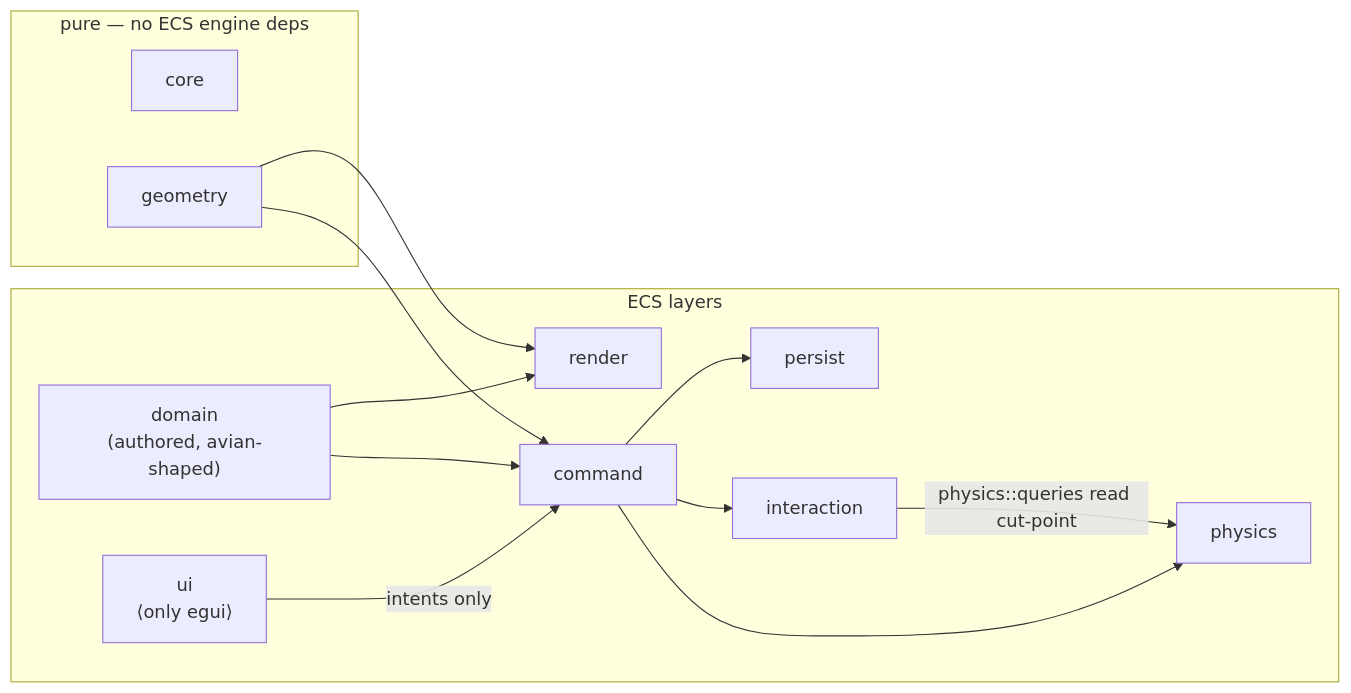
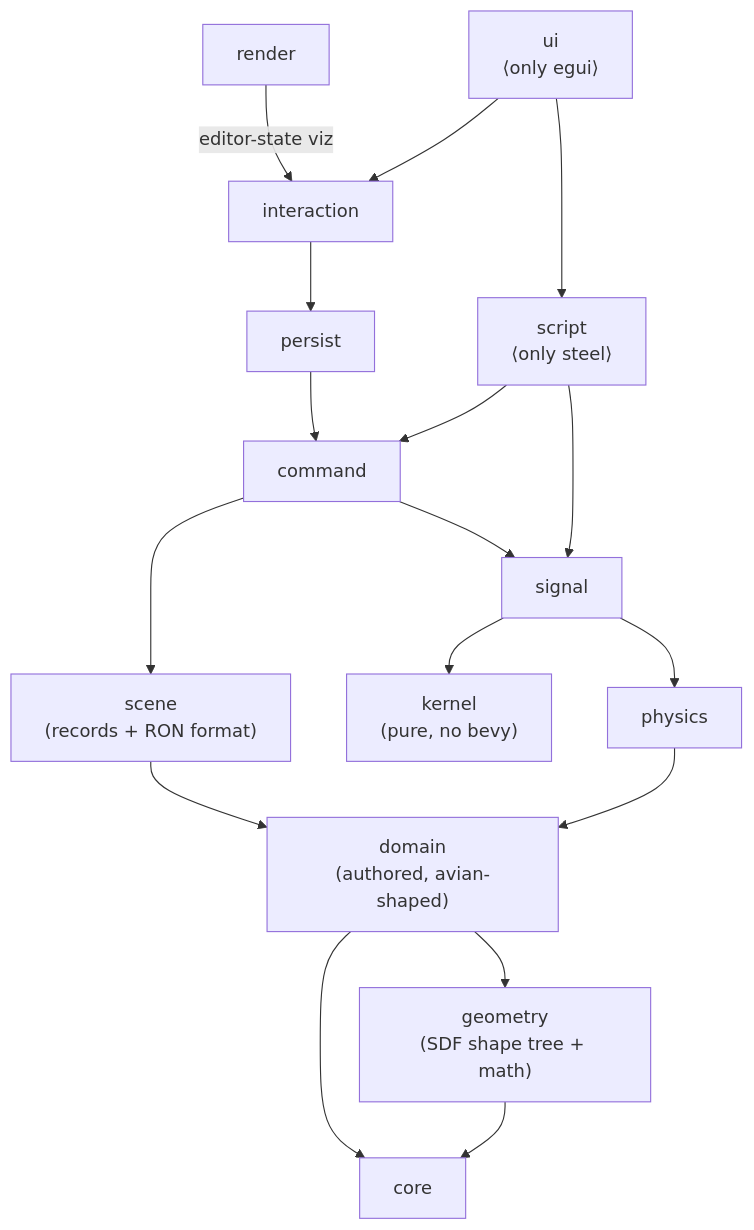
The third of 5 diagrams in docs/architecture.md (benbrandt14/Gradiance), drawn with Mermaid before and after one commit. The commit also changed other lines of this file and 57 other files, not shown here.

First line of the commit message:
Pre-split refactor: untangle layers, extract scene format, dedupe seams

````diff
--- a/docs/architecture.md
+++ b/docs/architecture.md
@@ -150,25 +155,21 @@
 ```mermaid
-flowchart LR
-    subgraph pure["pure — no ECS engine deps"]
-        core[core]
-        geometry[geometry]
-    end
-    subgraph app["ECS layers"]
-        domain["domain<br/>(authored, avian-shaped)"]
-        command[command]
-        physics[physics]
-        interaction[interaction]
-        render[render]
-        ui["ui<br/>⟨only egui⟩"]
-        persist[persist]
-    end
-    domain --> command
-    geometry --> command
-    command --> physics
-    command --> interaction
-    domain --> render
-    geometry --> render
-    command --> persist
-    interaction -- "physics::queries read cut-point" --> physics
-    ui -- "intents only" --> command
+flowchart TD
+    kernel["kernel<br/>(pure, no bevy)"]
+    core[core]
+    geometry["geometry<br/>(SDF shape tree + math)"] --> core
+    domain["domain<br/>(authored, avian-shaped)"] --> core
+    domain --> geometry
+    scene["scene<br/>(records + RON format)"] --> domain
+    physics --> domain
+    signal --> kernel
+    signal --> physics
+    command --> scene
+    command --> signal
+    persist --> command
+    interaction --> persist
+    render -- "editor-state viz" --> interaction
+    script["script<br/>⟨only steel⟩"] --> command
+    script --> signal
+    ui["ui<br/>⟨only egui⟩"] --> interaction
+    ui --> script
 ```
````
